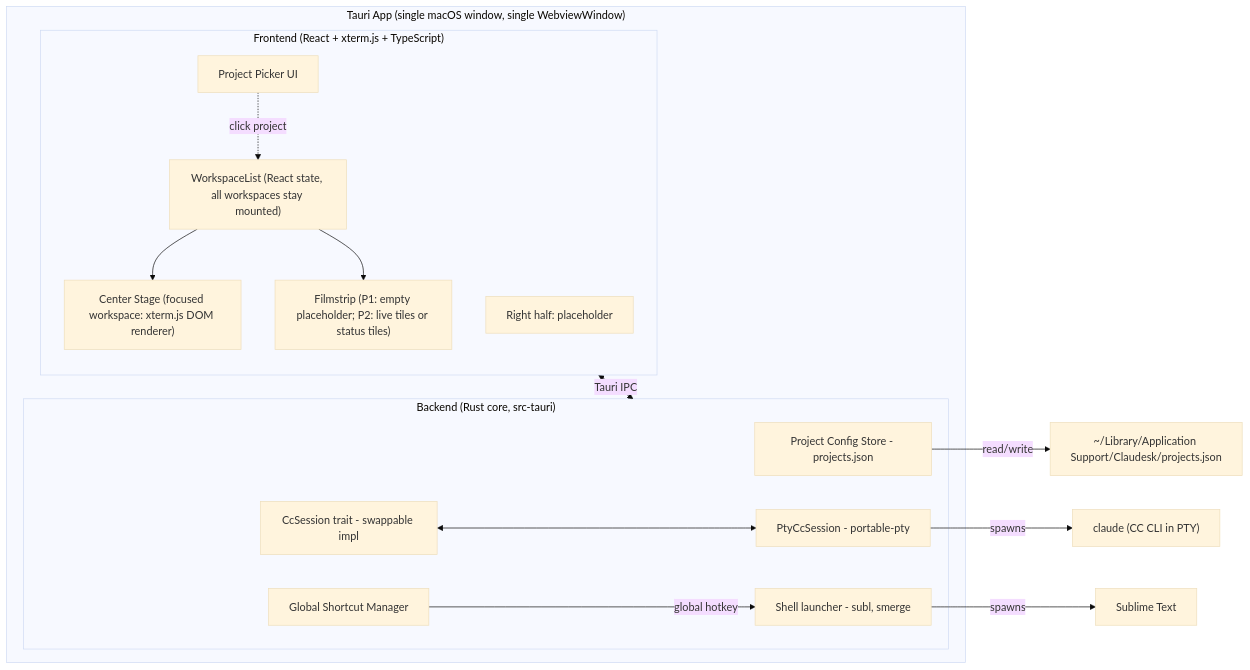
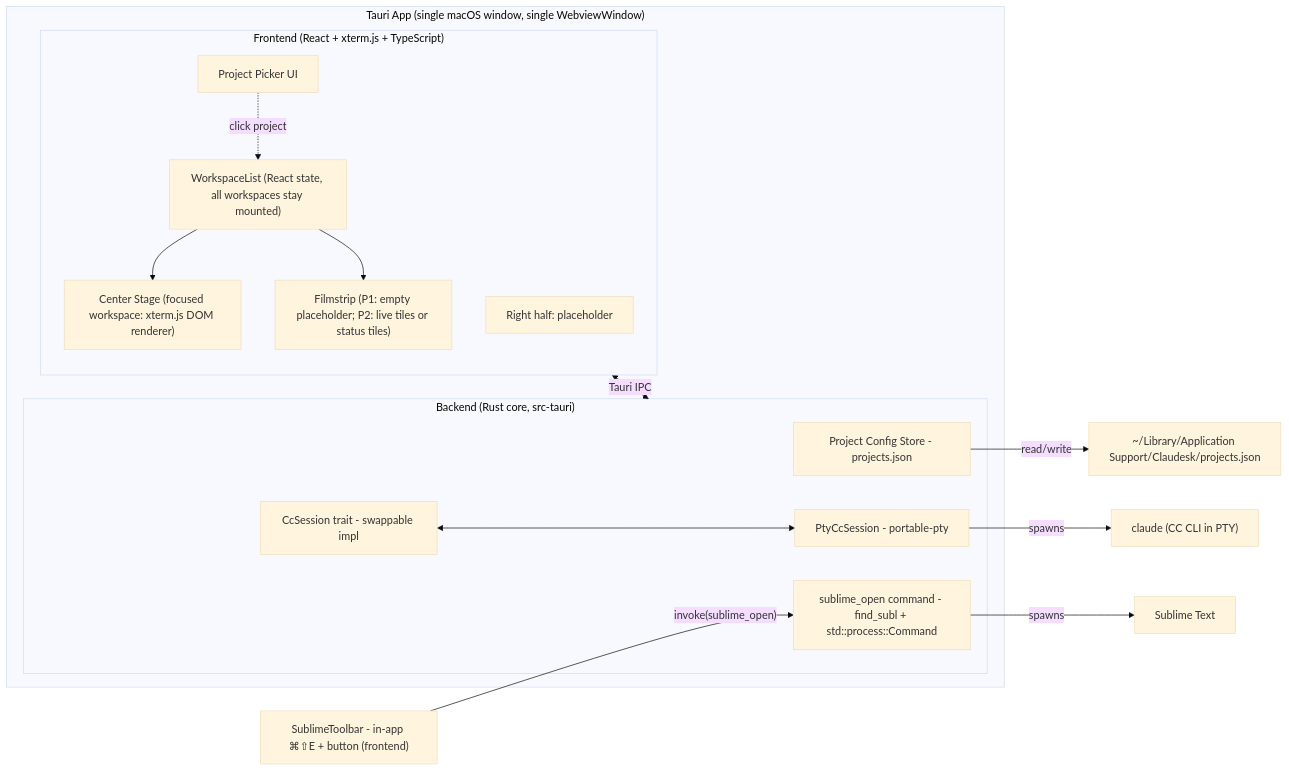
Before and after one commit to StaymanHou/Claudesk: the first of 2 diagrams in docs/product/arch.md, drawn with Mermaid (base theme). The commit also changed other lines of this file and 6 other files, not shown here.

First line of the commit message:
Finalize WP8: arch+CLAUDE resync (OS-global→in-app), WBS tick, CHANGELOG, archive

````diff
--- a/docs/product/arch.md
+++ b/docs/product/arch.md
@@ -69,31 +69,30 @@
 ```mermaid
 flowchart LR
   subgraph TauriApp["Tauri App (single macOS window, single WebviewWindow)"]
     subgraph Frontend["Frontend (React + xterm.js + TypeScript)"]
       Picker[Project Picker UI]
       WorkspaceList["WorkspaceList (React state, all workspaces stay mounted)"]
       CenterStage["Center Stage (focused workspace: xterm.js DOM renderer)"]
       Filmstrip["Filmstrip (P1: empty placeholder; P2: live tiles or status tiles)"]
       RightPlaceholder[Right half: placeholder]
       Picker -.click project.-> WorkspaceList
       WorkspaceList --> CenterStage
       WorkspaceList --> Filmstrip
     end
 
     subgraph Backend["Backend (Rust core, src-tauri)"]
       ConfigStore[Project Config Store - projects.json]
       CcSessionTrait[CcSession trait - swappable impl]
       PtyImpl[PtyCcSession - portable-pty]
-      ShellLauncher[Shell launcher - subl, smerge]
-      ShortcutMgr[Global Shortcut Manager]
+      SublimeOpen[sublime_open command - find_subl + std::process::Command]
     end
 
     Frontend <-- Tauri IPC --> Backend
     CcSessionTrait <--> PtyImpl
   end
 
   PtyImpl -- spawns --> ClaudeCLI["claude (CC CLI in PTY)"]
-  ShellLauncher -- spawns --> Sublime[Sublime Text]
-  ShortcutMgr -- global hotkey --> ShellLauncher
+  SublimeToolbar["SublimeToolbar - in-app ⌘⇧E + button (frontend)"] -- "invoke(sublime_open)" --> SublimeOpen
+  SublimeOpen -- spawns --> Sublime[Sublime Text]
   ConfigStore -- read/write --> AppDataDir["~/Library/Application Support/Claudesk/projects.json"]
 ```
````
